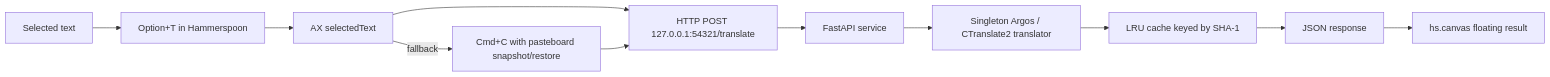
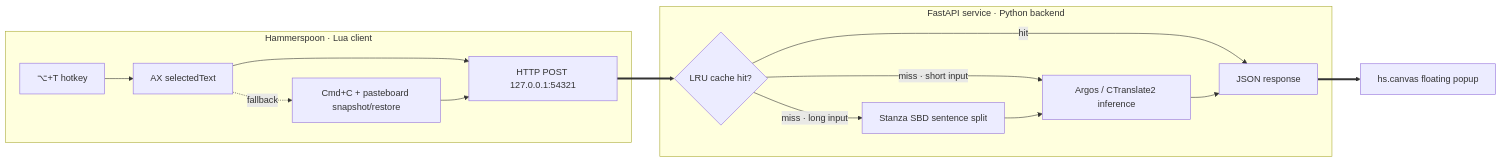
Before and after one commit to Eim-aa/argos-translator: the diagram in README_EN.md, drawn with Mermaid. The commit also changed 1 other file, not shown here.

Commit message:
Improve architecture diagram: cache decision is upstream, show Stanza split for long inputs
The old diagram drew the SHA-1 LRU cache after the translator, implying
'translate first, then cache' — backwards. It also hid the Stanza SBD
step that splits long inputs into sentences before per-sentence
inference, and didn't separate the Lua client from the Python backend.

New version: subgraphs for the two layers, cache as a decision node
with three branches (hit / short miss / long miss), and Stanza on the
long-input path.

````diff
--- a/README_EN.md
+++ b/README_EN.md
@@ -58,13 +58,20 @@
 ```mermaid
 flowchart LR
-    A["Selected text"] --> B["Option+T in Hammerspoon"]
-    B --> C["AX selectedText"]
-    C -->|fallback| D["Cmd+C with pasteboard snapshot/restore"]
-    C --> E["HTTP POST 127.0.0.1:54321/translate"]
-    D --> E
-    E --> F["FastAPI service"]
-    F --> G["Singleton Argos / CTranslate2 translator"]
-    G --> H["LRU cache keyed by SHA-1"]
-    H --> I["JSON response"]
-    I --> J["hs.canvas floating result"]
+    subgraph HS["Hammerspoon · Lua client"]
+        H1["⌥+T hotkey"] --> H2["AX selectedText"]
+        H2 -.fallback.-> H3["Cmd+C + pasteboard snapshot/restore"]
+        H2 & H3 --> H4["HTTP POST 127.0.0.1:54321"]
+    end
+
+    H4 ==> S1
+
+    subgraph BE["FastAPI service · Python backend"]
+        S1{"LRU cache hit?"} -->|hit| S5
+        S1 -->|miss · short input| S3["Argos / CTranslate2 inference"]
+        S1 -->|miss · long input| S2["Stanza SBD sentence split"]
+        S2 --> S3
+        S3 --> S5["JSON response"]
+    end
+
+    S5 ==> H5["hs.canvas floating popup"]
 ```
````
